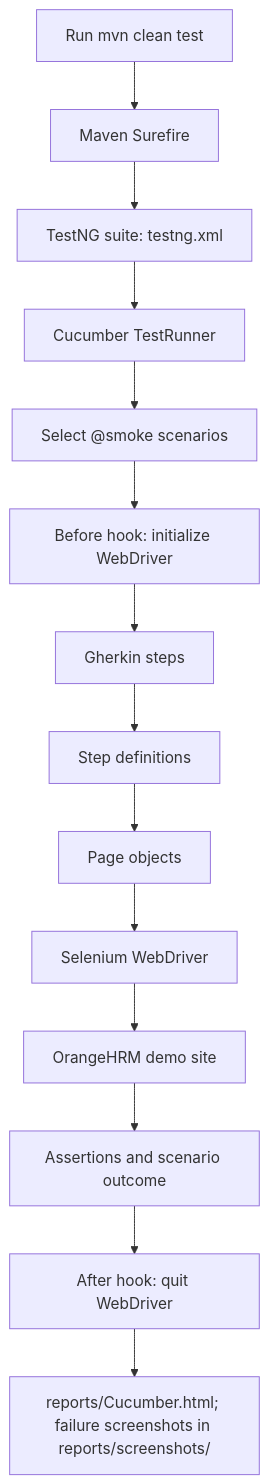
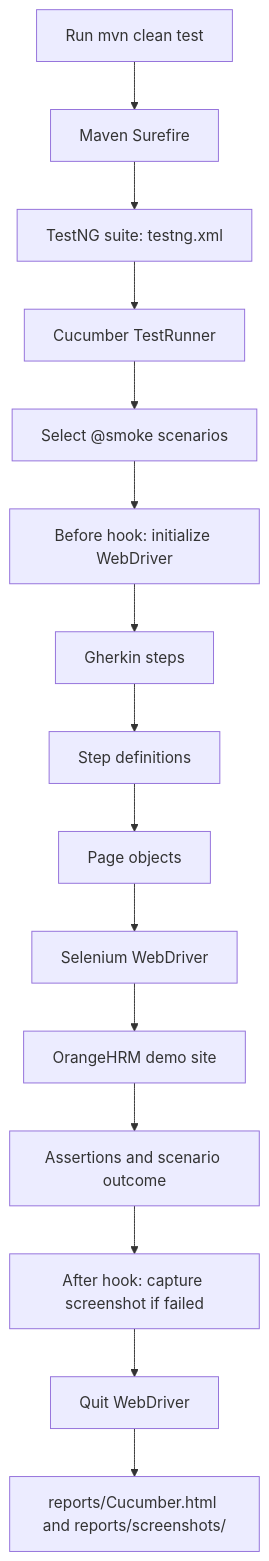
The first of 2 diagrams in README.md (Sameer-Programmer/2026_Enterprise_DEMO_BDD_Project), drawn with Mermaid before and after one commit. The commit also changed other lines of this file, not shown here.

Commit message:
docs: align master README with current framework

````diff
--- a/README.md
+++ b/README.md
@@ -144,16 +147,17 @@
 ```mermaid
 flowchart TD
     A[Run mvn clean test] --> B[Maven Surefire]
     B --> C[TestNG suite: testng.xml]
     C --> D[Cucumber TestRunner]
     D --> E[Select @smoke scenarios]
     E --> F[Before hook: initialize WebDriver]
     F --> G[Gherkin steps]
     G --> H[Step definitions]
     H --> I[Page objects]
     I --> J[Selenium WebDriver]
     J --> K[OrangeHRM demo site]
     K --> L[Assertions and scenario outcome]
-    L --> M[After hook: quit WebDriver]
-    M --> N[reports/Cucumber.html; failure screenshots in reports/screenshots/]
+    L --> M[After hook: capture screenshot if failed]
+    M --> N[Quit WebDriver]
+    N --> O[reports/Cucumber.html and reports/screenshots/]
 ```
````
